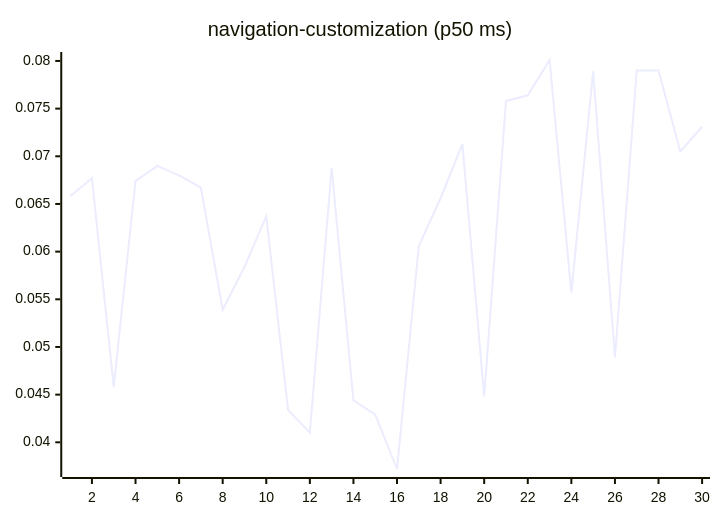
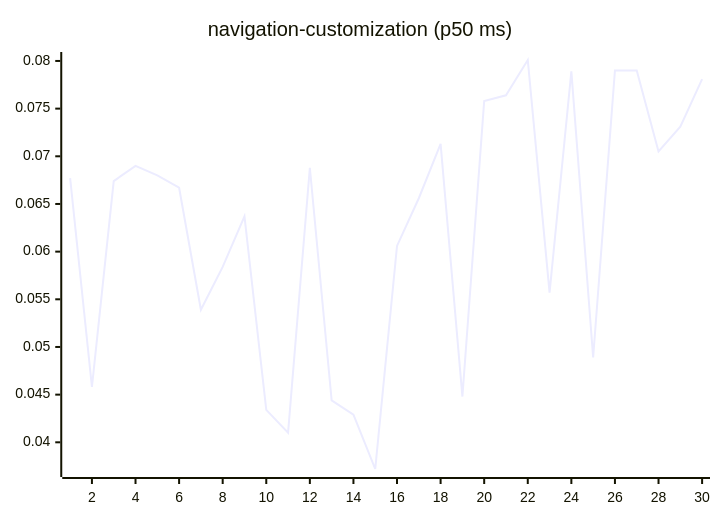
Diagram 15 of 27 in README.md (josha/Facet), drawn with Mermaid before and after one commit. The commit also changed other lines of this file and 2 other files, not shown here.

````diff
--- a/README.md
+++ b/README.md
@@ -161,6 +161,6 @@
 ```mermaid
 xychart-beta
     title "navigation-customization (p50 ms)"
     x-axis 1 --> 30
-    line [0.0658, 0.0677, 0.0458, 0.0674, 0.0690, 0.0680, 0.0667, 0.0539, 0.0584, 0.0637, 0.0434, 0.0410, 0.0688, 0.0444, 0.0429, 0.0372, 0.0606, 0.0656, 0.0713, 0.0448, 0.0758, 0.0764, 0.0801, 0.0557, 0.0789, 0.0489, 0.0790, 0.0790, 0.0705, 0.0731]
+    line [0.0677, 0.0458, 0.0674, 0.0690, 0.0680, 0.0667, 0.0539, 0.0584, 0.0637, 0.0434, 0.0410, 0.0688, 0.0444, 0.0429, 0.0372, 0.0606, 0.0656, 0.0713, 0.0448, 0.0758, 0.0764, 0.0801, 0.0557, 0.0789, 0.0489, 0.0790, 0.0790, 0.0705, 0.0731, 0.0781]
 ```
````
